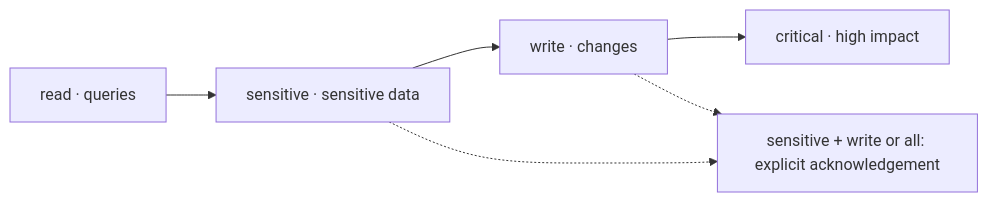
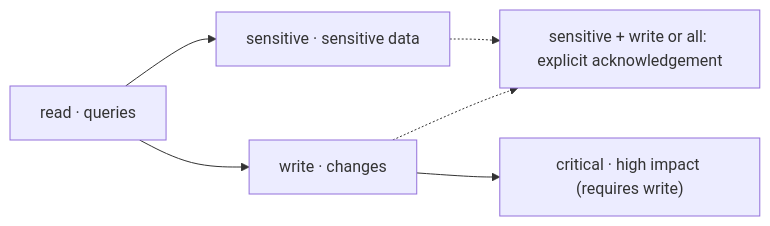
The third of 3 diagrams in README.en.md (nuoframework/darktrace-mcp), drawn with Mermaid before and after one commit. The commit also changed other lines of this file and 32 other files, not shown here.

````diff
--- a/README.en.md
+++ b/README.en.md
@@ -102,8 +104,8 @@
 ```mermaid
 flowchart LR
     R["read · queries"] --> S["sensitive · sensitive data"]
-    S --> W["write · changes"]
-    W --> C["critical · high impact"]
+    R --> W["write · changes"]
+    W --> C["critical · high impact (requires write)"]
     S -.-> A["sensitive + write or all: explicit acknowledgement"]
     W -.-> A
 ```
````
